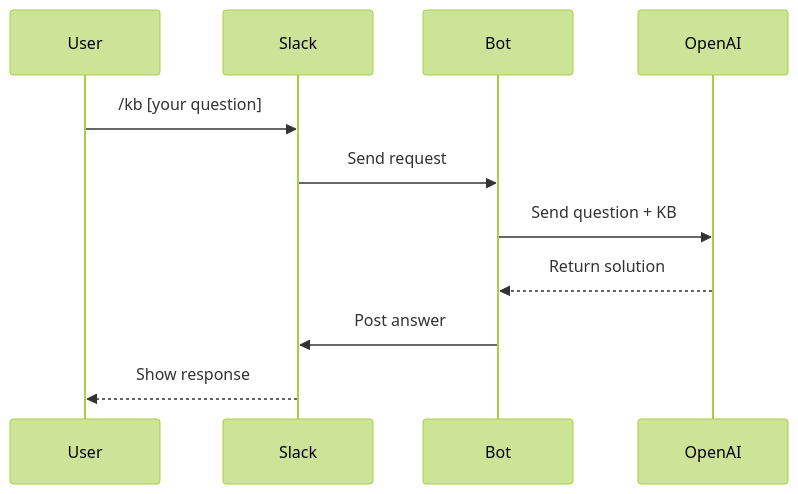
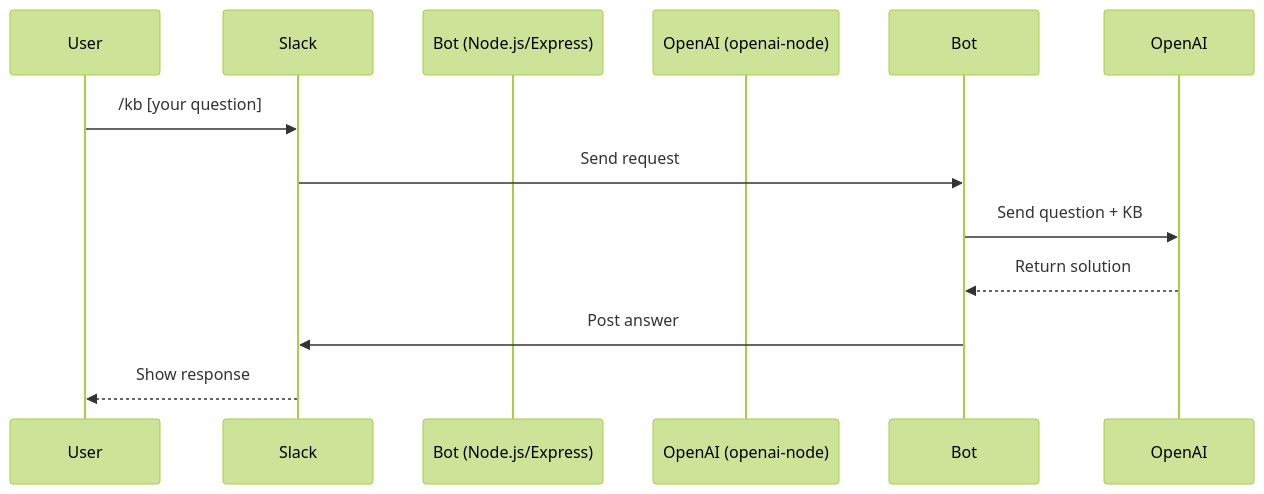
The second of 2 diagrams in POC-Presentation.md (juandavidlozano-wprom/slack-kb-demo), drawn with Mermaid (forest theme) before and after one commit. The commit also changed other lines of this file, not shown here.

````diff
--- a/POC-Presentation.md
+++ b/POC-Presentation.md
@@ -86,13 +86,13 @@
 ```mermaid
 sequenceDiagram
     participant User
     participant Slack
-    participant Bot
-    participant OpenAI
+    participant Bot (Node.js/Express)
+    participant OpenAI (openai-node)
     User->>Slack: /kb [your question]
     Slack->>Bot: Send request
     Bot->>OpenAI: Send question + KB
     OpenAI-->>Bot: Return solution
     Bot->>Slack: Post answer
     Slack-->>User: Show response
 ```
````
